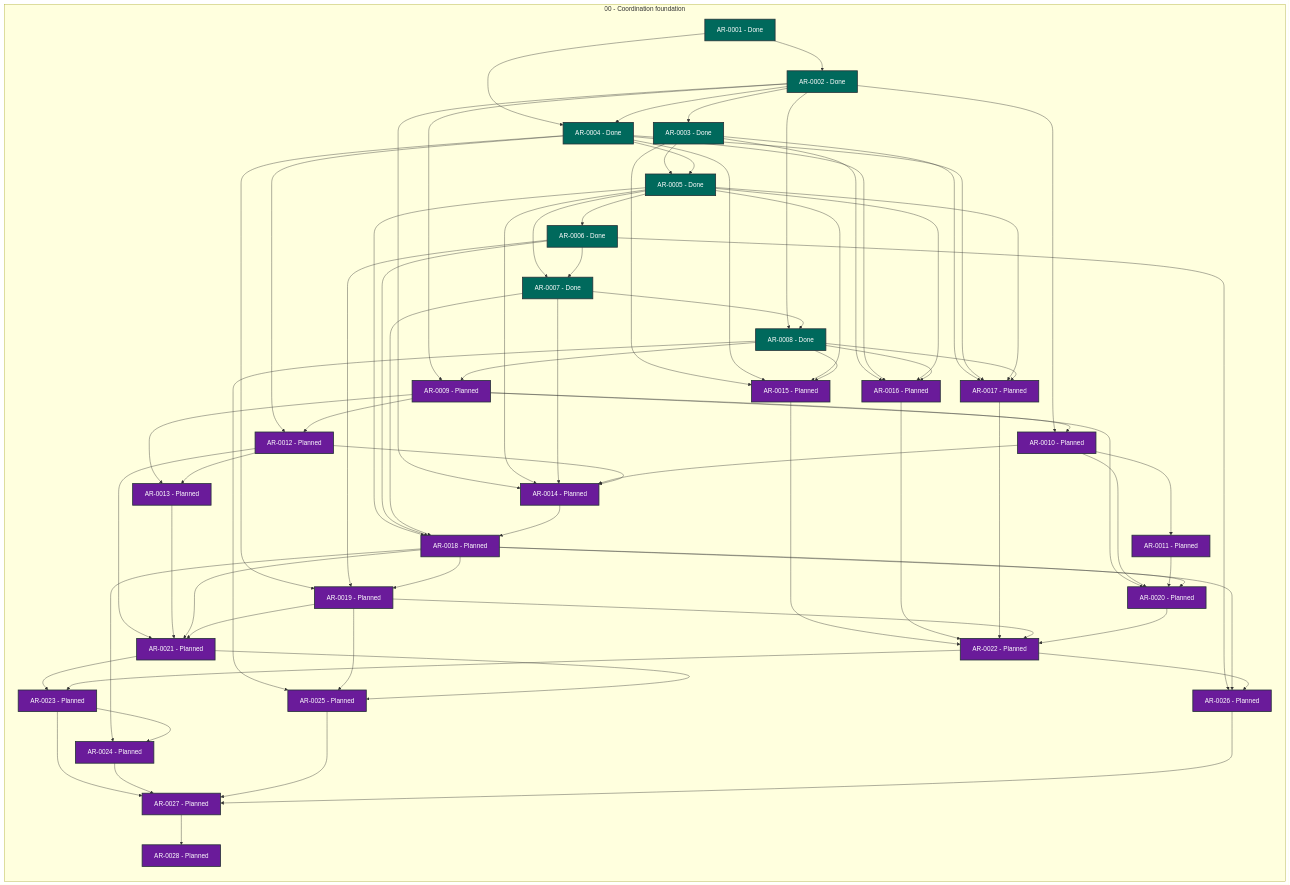
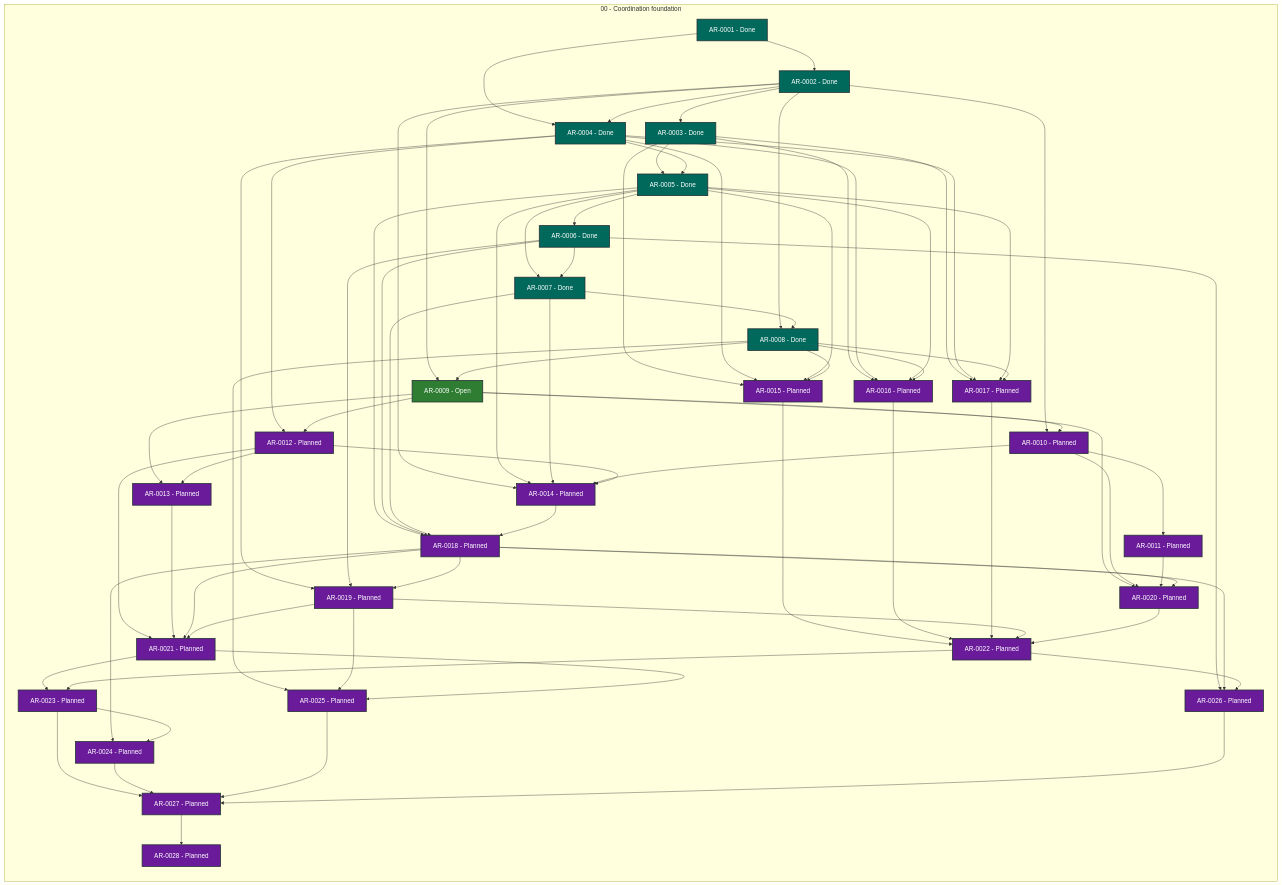
The diagram in STATUS.md (martin-beck/agent-workflow-runtime-state), drawn with Mermaid before and after one commit. The commit also changed other lines of this file and 2 other files, not shown here.

```diff
--- a/STATUS.md
+++ b/STATUS.md
@@ -36,7 +36,7 @@
         AR_0006["AR-0006 - Done"]:::status_done
         AR_0007["AR-0007 - Done"]:::status_done
         AR_0008["AR-0008 - Done"]:::status_done
-        AR_0009["AR-0009 - Planned"]:::status_planned
+        AR_0009["AR-0009 - Open"]:::status_open
         AR_0010["AR-0010 - Planned"]:::status_planned
         AR_0011["AR-0011 - Planned"]:::status_planned
         AR_0012["AR-0012 - Planned"]:::status_planned
```
